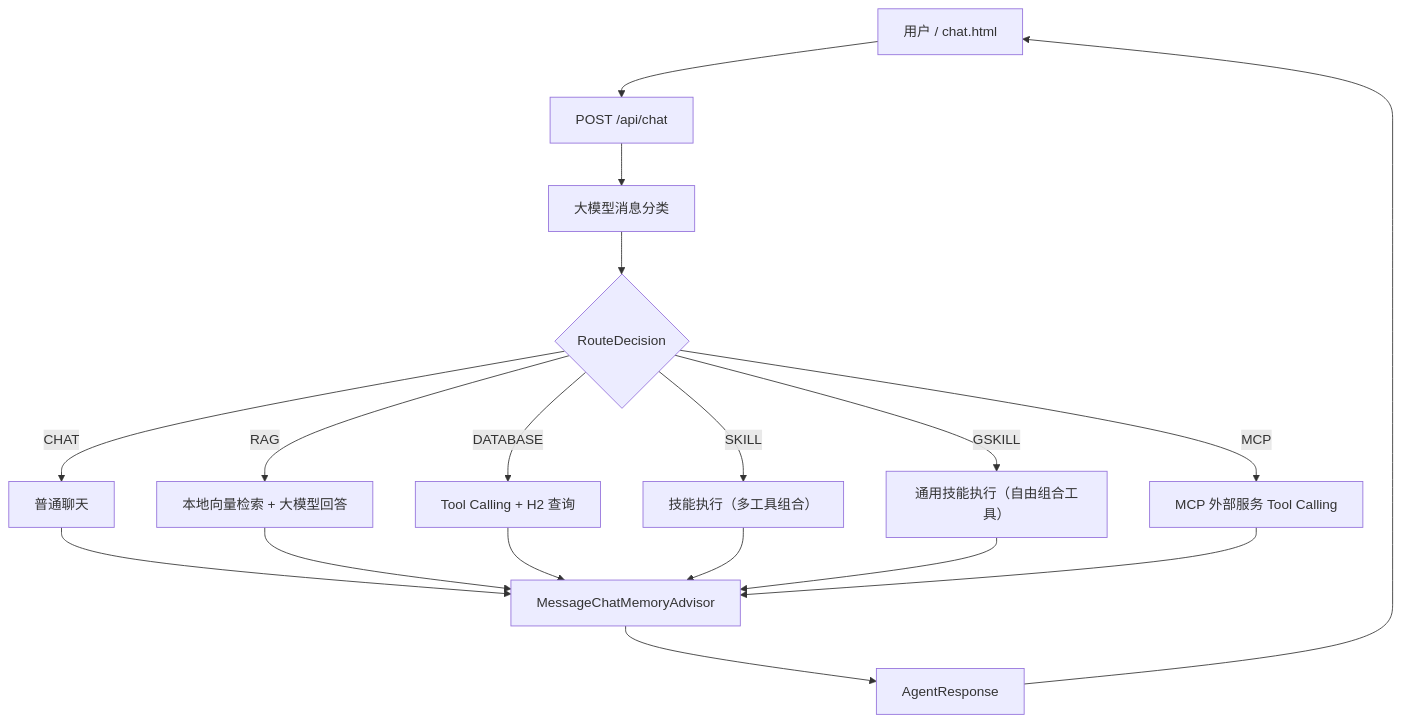
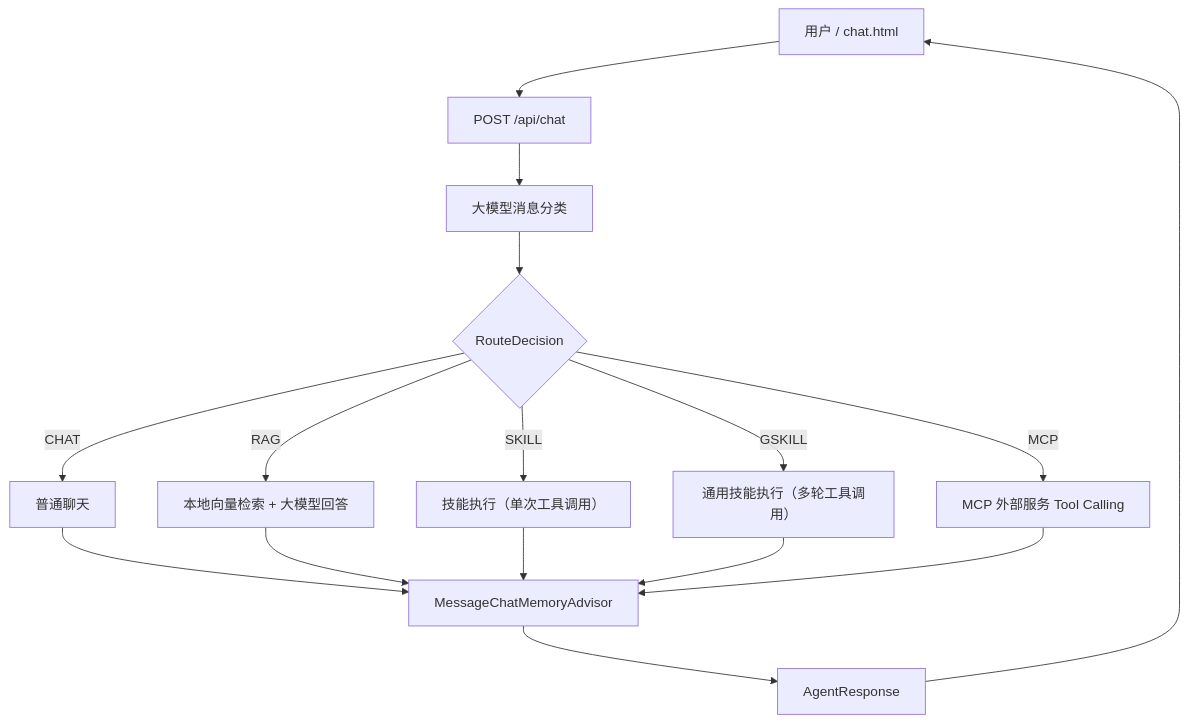
The diagram in README.md (hdwang123/sagent), drawn with Mermaid before and after one commit. The commit also changed other lines of this file, not shown here.

````diff
--- a/README.md
+++ b/README.md
@@ -39,20 +38,18 @@
 ```mermaid
 flowchart TD
     U["用户 / chat.html"] --> C["POST /api/chat"]
     C --> R["大模型消息分类"]
     R --> D{"RouteDecision"}
     D -->|"CHAT"| CH["普通聊天"]
     D -->|"RAG"| RA["本地向量检索 + 大模型回答"]
-    D -->|"DATABASE"| DB["Tool Calling + H2 查询"]
-    D -->|"SKILL"| SK["技能执行（多工具组合）"]
-    D -->|"GSKILL"| GS["通用技能执行（自由组合工具）"]
+    D -->|"SKILL"| SK["技能执行（单次工具调用）"]
+    D -->|"GSKILL"| GS["通用技能执行（多轮工具调用）"]
     D -->|"MCP"| MC["MCP 外部服务 Tool Calling"]
     CH --> M["MessageChatMemoryAdvisor"]
     RA --> M
-    DB --> M
     SK --> M
     GS --> M
     MC --> M
     M --> A["AgentResponse"]
     A --> U
 ```
````
